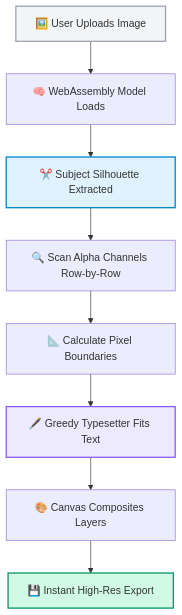
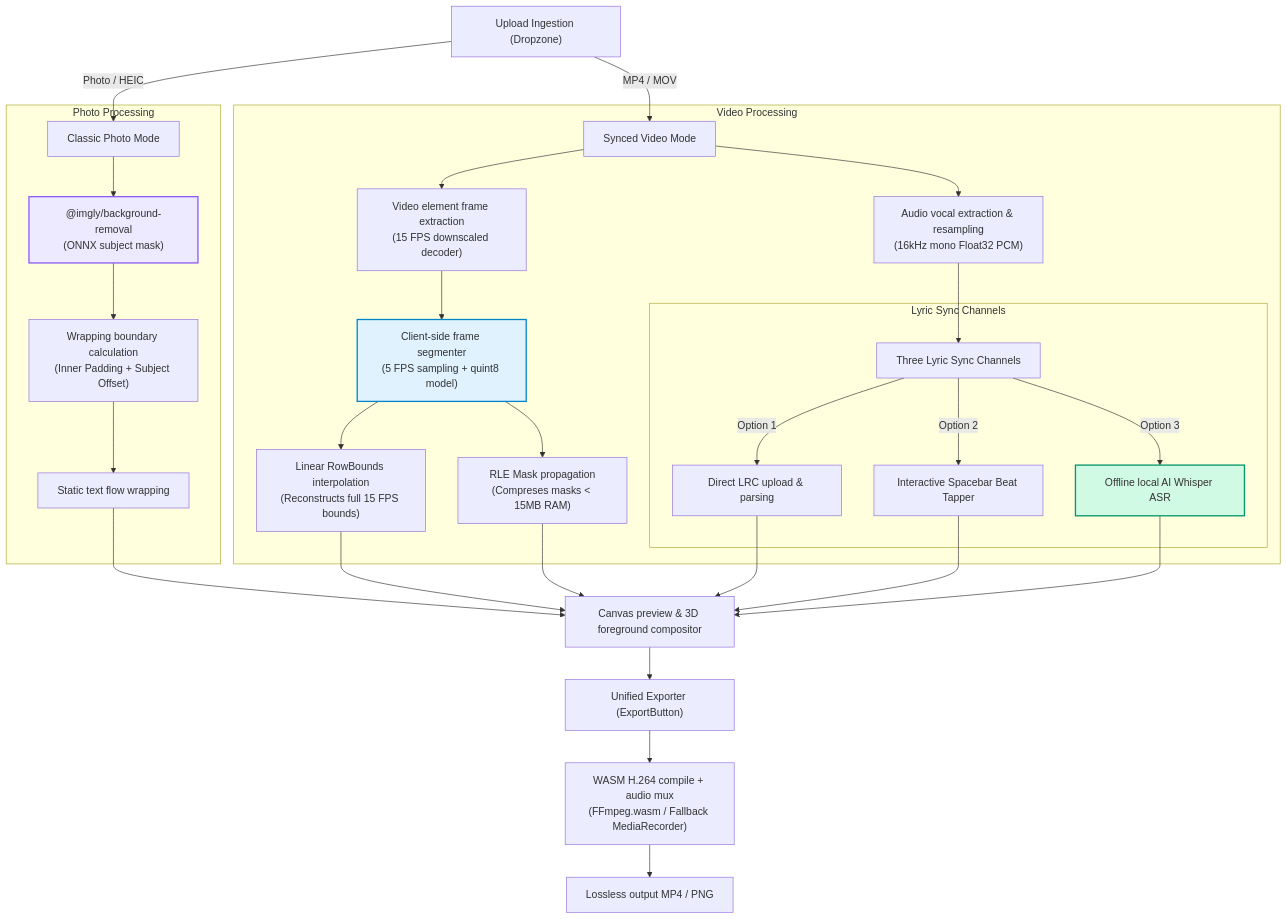
Before and after one commit to Anuj-9009/contour: the diagram in README.md, drawn with Mermaid. The commit also changed other lines of this file and 17 other files, not shown here.

Commit message:
feat: upgrade to Contour v2.0 with resilient subject masking, alphabetic in-place Matrix twinkling, and robust LRC parsing

````diff
--- a/README.md
+++ b/README.md
@@ -62,15 +54,38 @@
 ```mermaid
-graph TD
-    A[🖼️ User Uploads Image] --> B[🧠 WebAssembly Model Loads]
-    B --> C[✂️ Subject Silhouette Extracted]
-    C --> D[🔍 Scan Alpha Channels Row-by-Row]
-    D --> E[📐 Calculate Pixel Boundaries]
-    E --> F[🖋️ Greedy Typesetter Fits Text]
-    F --> G[🎨 Canvas Composites Layers]
-    G --> H[💾 Instant High-Res Export]
+flowchart TD
+    A["Upload Ingestion (Dropzone)"] -->|Photo / HEIC| B["Classic Photo Mode"]
+    A -->|MP4 / MOV| C["Synced Video Mode"]
     
-    style A fill:#f3f4f6,stroke:#9ca3af,stroke-width:2px
-    style C fill:#e0f2fe,stroke:#0284c7,stroke-width:2px
-    style F fill:#ede9fe,stroke:#8b5cf6,stroke-width:2px
-    style H fill:#d1fae5,stroke:#059669,stroke-width:2px
+    subgraph Photo Processing
+        B --> D["@imgly/background-removal\n(ONNX subject mask)"]
+        D --> E["Wrapping boundary calculation\n(Inner Padding + Subject Offset)"]
+        E --> F["Static text flow wrapping"]
+      style D fill:#ede9fe,stroke:#8b5cf6,stroke-width:2px
+    end
+    
+    subgraph Video Processing
+        C --> G["Video element frame extraction\n(15 FPS downscaled decoder)"]
+        G --> H["Client-side frame segmenter\n(5 FPS sampling + quint8 model)"]
+        H --> I["Linear RowBounds interpolation\n(Reconstructs full 15 FPS bounds)"]
+        H --> J["RLE Mask propagation\n(Compreses masks < 15MB RAM)"]
+        
+        C --> K["Audio vocal extraction & resampling\n(16kHz mono Float32 PCM)"]
+        K --> L["Three Lyric Sync Channels"]
+        
+        subgraph Lyric Sync Channels
+            L -->|Option 1| M["Direct LRC upload & parsing"]
+            L -->|Option 2| N["Interactive Spacebar Beat Tapper"]
+            L -->|Option 3| O["Offline local AI Whisper ASR"]
+        end
+      style H fill:#e0f2fe,stroke:#0284c7,stroke-width:2px
+      style O fill:#d1fae5,stroke:#059669,stroke-width:2px
+    end
+    
+    F --> P["Canvas preview & 3D foreground compositor"]
+    I & J --> P
+    M & N & O --> P
+    
+    P --> Q["Unified Exporter (ExportButton)"]
+    Q --> R["WASM H.264 compile + audio mux\n(FFmpeg.wasm / Fallback MediaRecorder)"]
+    R --> S["Lossless output MP4 / PNG"]
 ```
````
